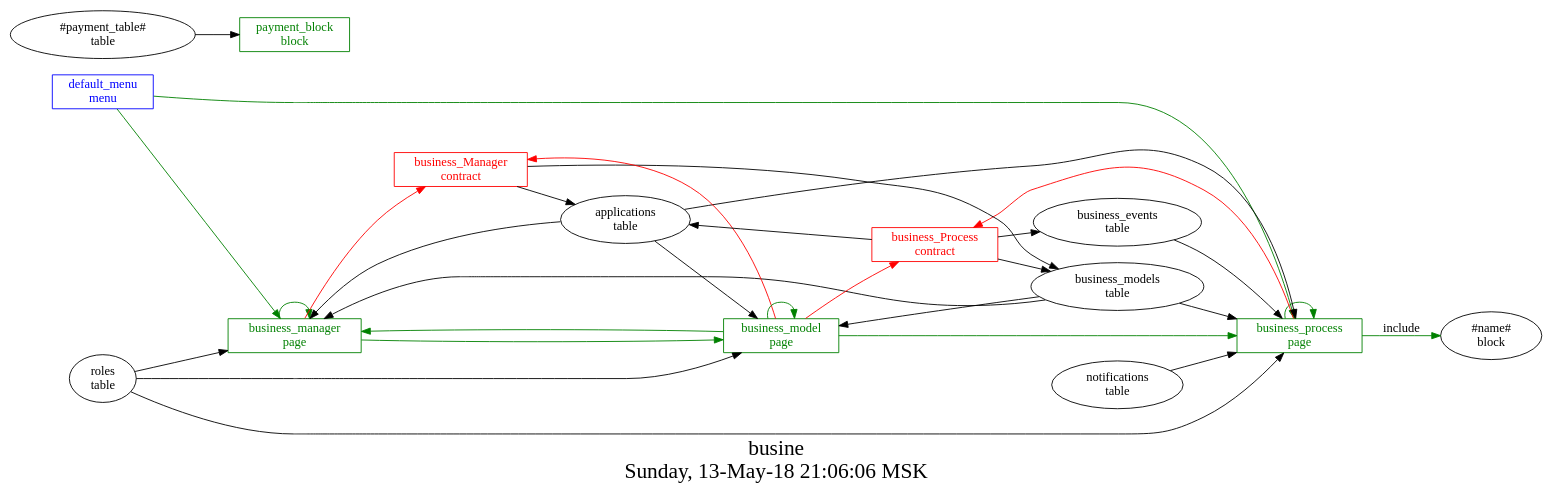
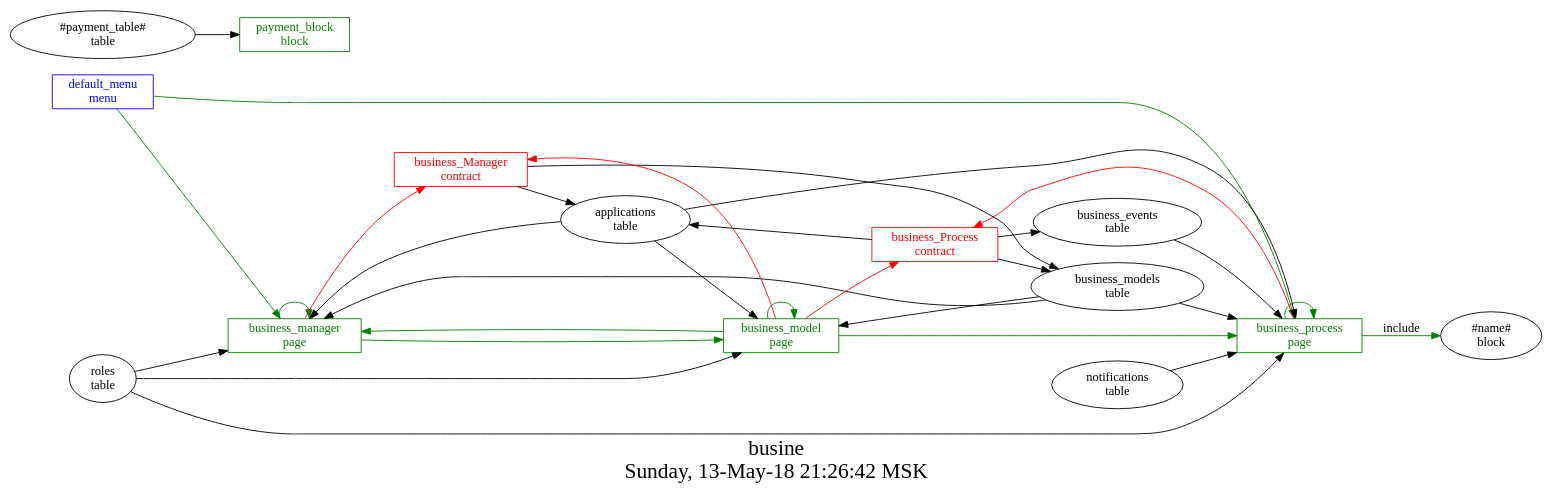
Before and after one commit to AplaProject/apps: the diagram in src/business/struct.dot, drawn with Graphviz. The commit also changed 2 other files, not shown here.

```diff
--- a/src/business/struct.dot
+++ b/src/business/struct.dot
@@ -1,49 +1,49 @@
 digraph G {
 graph [
   fontsize="24";
-  label="busine\nSunday, 13-May-18 21:06:06 MSK";
+  label="busine\nSunday, 13-May-18 21:26:42 MSK";
   nojustify=true;
   ordering=out;
   rankdir=LR;
   size="30";
 ];
 "default_menu\nmenu" -> "business_manager\npage"  [ color=green ]
 "default_menu\nmenu" -> "business_process\npage"  [ color=green ]
 "default_menu\nmenu" [color=blue, fontcolor=blue, group=menus, shape=record];
 "business_manager\npage" -> "business_Manager\ncontract"  [ color=red ]
 "applications\ntable" -> "business_manager\npage"  [ color="" ]
 "roles\ntable" -> "business_manager\npage"  [ color="" ]
 "business_models\ntable" -> "business_manager\npage"  [ color="" ]
 "business_manager\npage" -> "business_model\npage"  [ color=green ]
 "business_manager\npage" -> "business_manager\npage"  [ color=green ]
 "business_manager\npage" [color=green, fontcolor=green, group=pages, shape=record];
 "business_model\npage" -> "business_Process\ncontract"  [ color=red ]
 "business_model\npage" -> "business_Manager\ncontract"  [ color=red ]
 "applications\ntable" -> "business_model\npage"  [ color="" ]
 "business_models\ntable" -> "business_model\npage"  [ color="" ]
 "roles\ntable" -> "business_model\npage"  [ color="" ]
 "business_model\npage" -> "business_manager\npage"  [ color=green ]
 "business_model\npage" -> "business_process\npage"  [ color=green ]
 "business_model\npage" -> "business_model\npage"  [ color=green ]
 "business_model\npage" [color=green, fontcolor=green, group=pages, shape=record];
 "business_process\npage" -> "business_Process\ncontract"  [ color=red ]
 "applications\ntable" -> "business_process\npage"  [ color="" ]
 "notifications\ntable" -> "business_process\npage"  [ color="" ]
 "business_models\ntable" -> "business_process\npage"  [ color="" ]
 "roles\ntable" -> "business_process\npage"  [ color="" ]
 "business_events\ntable" -> "business_process\npage"  [ color="" ]
 "business_process\npage" -> "business_process\npage"  [ color=green ]
 "business_process\npage" -> "#name#\nblock"  [ color=green, label=include ]
 "business_process\npage" [color=green, fontcolor=green, group=pages, shape=record];
 "#payment_table#\ntable" -> "payment_block\nblock"  [ color="" ]
 "payment_block\nblock" [color=green, fontcolor=green, group=blocks, shape=record];
 "business_Manager\ncontract" -> "applications\ntable"  [ color="" ]
 "business_Manager\ncontract" -> "business_models\ntable"  [ color="" ]
 "business_Manager\ncontract" [color=red, fontcolor=red, group=contracts, shape=record];
 "business_Process\ncontract" -> "applications\ntable"  [ color="" ]
 "business_Process\ncontract" -> "business_events\ntable"  [ color="" ]
 "business_Process\ncontract" -> "business_models\ntable"  [ color="" ]
 "business_Process\ncontract" [color=red, fontcolor=red, group=contracts, shape=record];
 "business_events\ntable" [color="", fontcolor="", group=tables, shape=""];
 "business_models\ntable" [color="", fontcolor="", group=tables, shape=""];
 }
```
